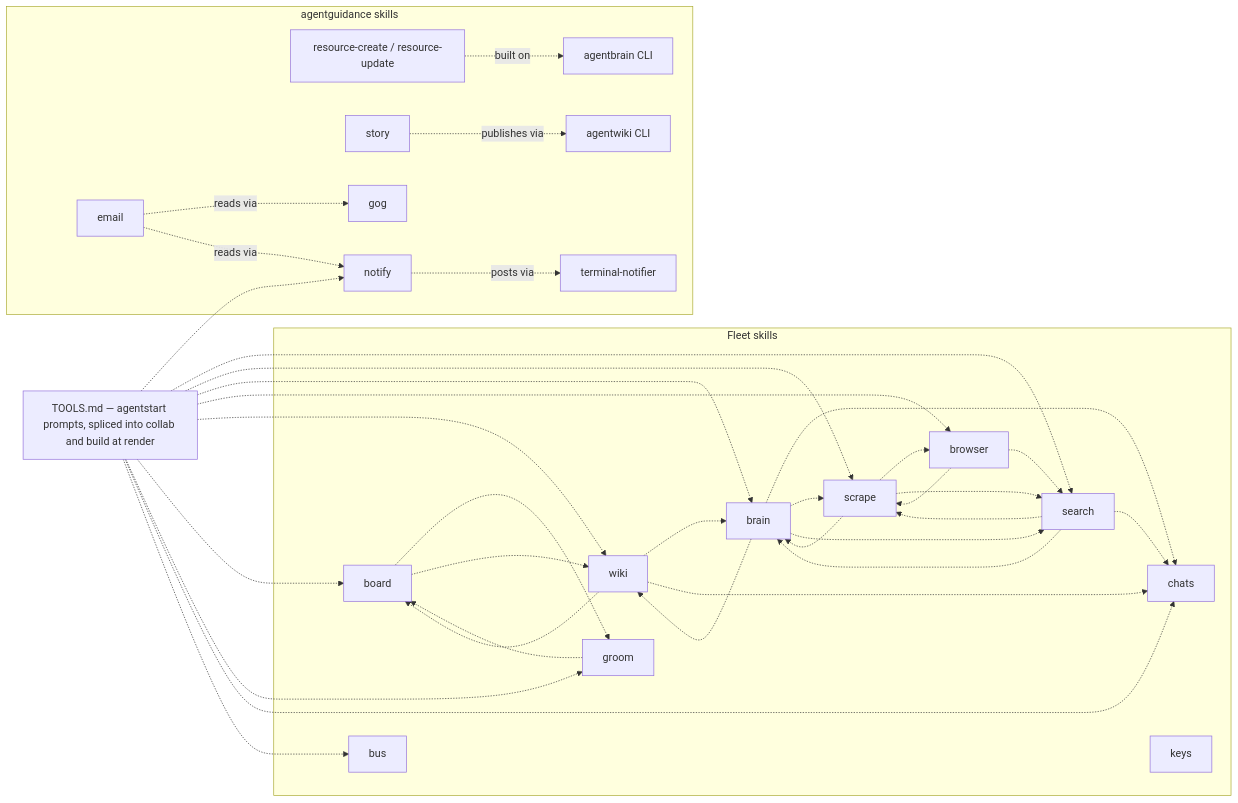
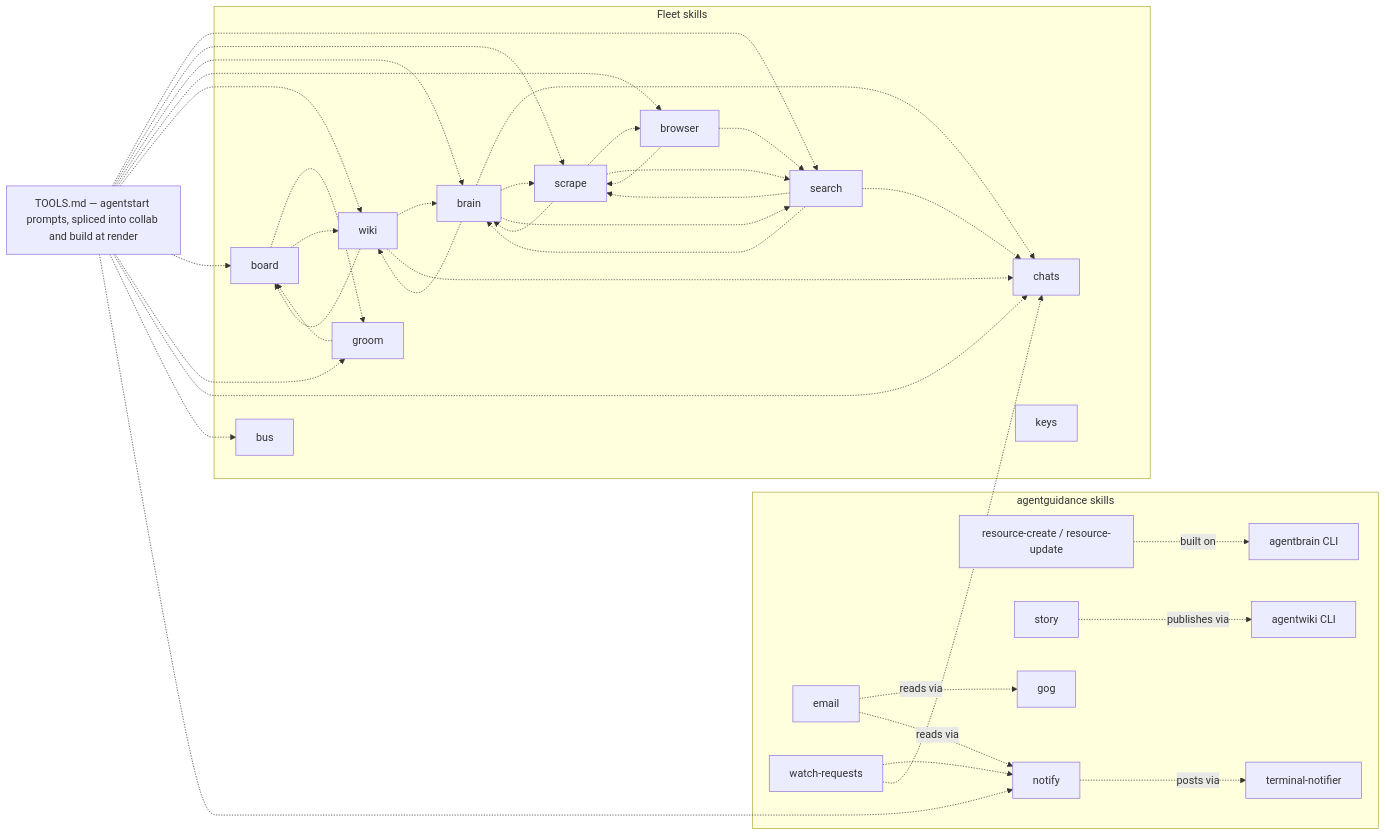
The third of 3 diagrams in skills/fleet/MAP.md (possibilities/agentdots), drawn with Mermaid before and after one commit. The commit also changed other lines of this file, not shown here.

Commit message:
Fleet map: watch-requests routes to chats and notify
The skill now hands PR work back to the session that opened the request
rather than authoring it: cass names that session and notify carries the
resume command and steering prompt to the human. Two routing edges the map
did not have.

Claude-Session: https://claude.ai/code/session_01TmwUZBCyJWBemmT14TncXY

````diff
--- a/skills/fleet/MAP.md
+++ b/skills/fleet/MAP.md
@@ -91,24 +91,27 @@
 ```mermaid
 flowchart LR
     subgraph fleetSkills [Fleet skills]
         board -.-> groom & wiki
         groom -.-> board
         brain -.-> chats & scrape & search & wiki
         scrape -.-> brain & browser & search
         search -.-> brain & chats & scrape
         browser -.-> scrape & search
         wiki -.-> board & brain & chats
         chats
         keys
         bus
     end
 
     subgraph guidanceSkills [agentguidance skills]
         resource[resource-create / resource-update] -.->|built on| brainCli[agentbrain CLI]
         story -.->|publishes via| wikiCli[agentwiki CLI]
         notify -.->|posts via| notifierCli[terminal-notifier]
         email -.->|reads via| gogCli[gog] & notify
+        watchRequests[watch-requests] -.-> notify
     end
+
+    watchRequests -.-> chats
 
     tools[TOOLS.md — agentstart prompts, spliced into collab and build at render] -.-> search & scrape & brain & browser & wiki & board & groom & chats & bus & notify
 ```
````
